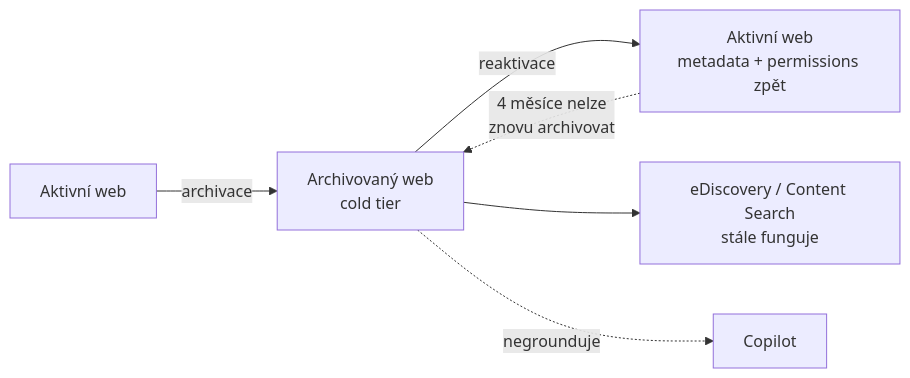
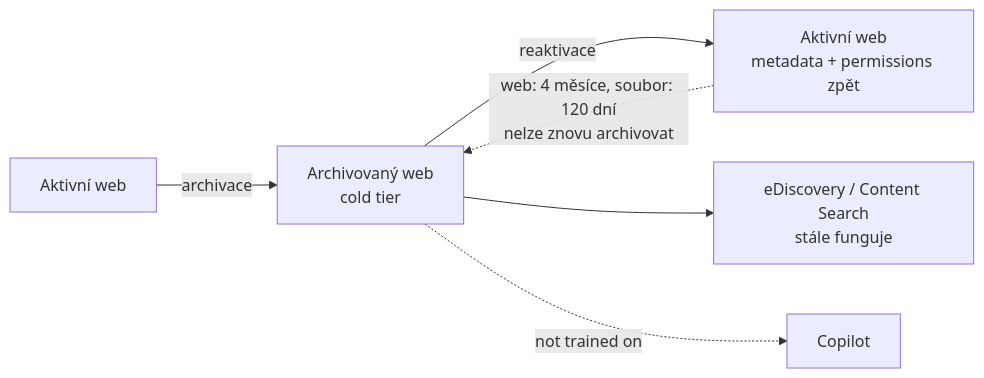
Before and after one commit to MalasekPetr/gopas-goc224: the diagram in day-4/archive/README.md, drawn with Mermaid. The commit also changed other lines of this file and 60 other files, not shown here.

````diff
--- a/day-4/archive/README.md
+++ b/day-4/archive/README.md
@@ -25,8 +25,8 @@
 ```mermaid
 flowchart LR
   A[Aktivní web] -->|archivace| C[Archivovaný web<br>cold tier]
   C -->|reaktivace| A2[Aktivní web<br>metadata + permissions zpět]
   C --> E[eDiscovery / Content Search<br>stále funguje]
-  C -.->|negrounduje| X[Copilot]
-  A2 -.->|4 měsíce nelze<br>znovu archivovat| C
+  C -.->|not trained on| X[Copilot]
+  A2 -.->|web: 4 měsíce, soubor: 120 dní<br>nelze znovu archivovat| C
 ```
````
